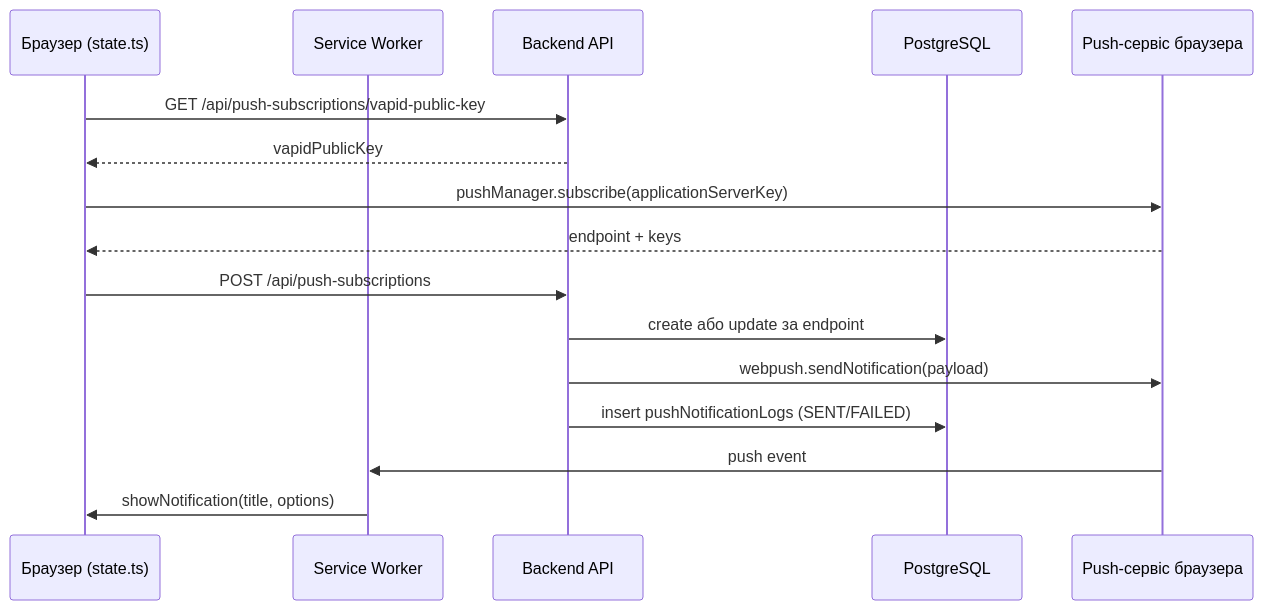
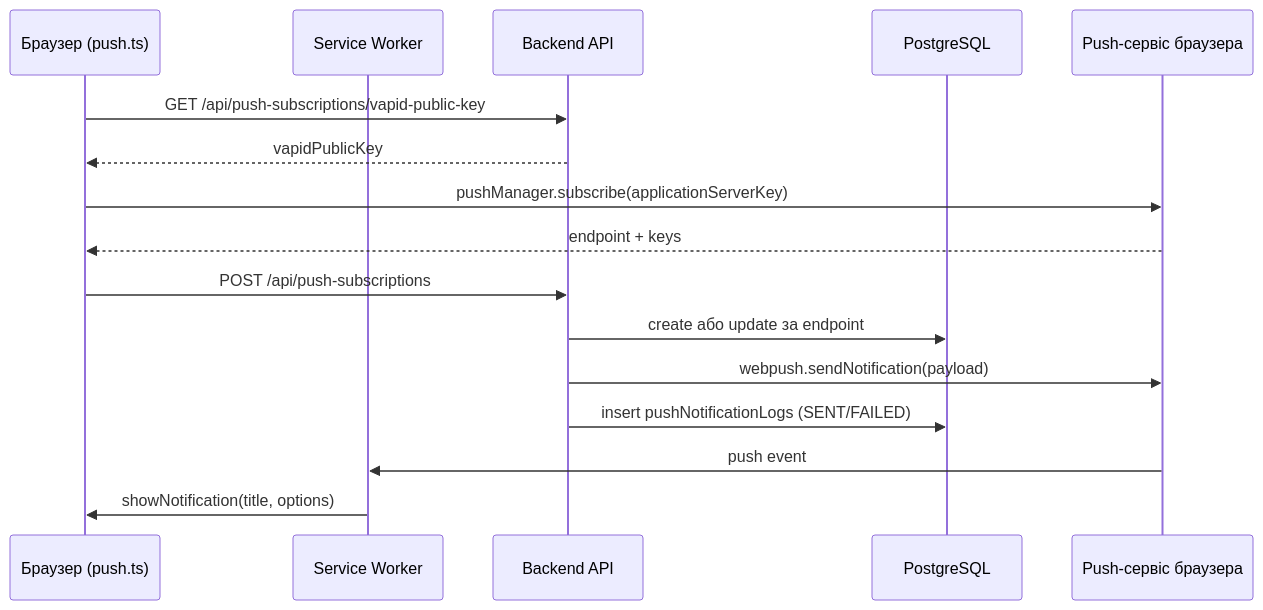
The diagram in documentation/backend/web-push-notification.md (Blazheiko/vibe-template), drawn with Mermaid before and after one commit. The commit also changed other lines of this file and 14 other files, not shown here.

````diff
--- a/documentation/backend/web-push-notification.md
+++ b/documentation/backend/web-push-notification.md
@@ -154,18 +154,18 @@
 ```mermaid
 sequenceDiagram
-    participant U as Браузер (state.ts)
+    participant U as Браузер (push.ts)
     participant SW as Service Worker
     participant API as Backend API
     participant DB as PostgreSQL
     participant PS as Push-сервіс браузера
     U->>API: GET /api/push-subscriptions/vapid-public-key
     API-->>U: vapidPublicKey
     U->>PS: pushManager.subscribe(applicationServerKey)
     PS-->>U: endpoint + keys
     U->>API: POST /api/push-subscriptions
     API->>DB: create або update за endpoint
     API->>PS: webpush.sendNotification(payload)
     API->>DB: insert pushNotificationLogs (SENT/FAILED)
     PS->>SW: push event
     SW->>U: showNotification(title, options)
 ```
````
